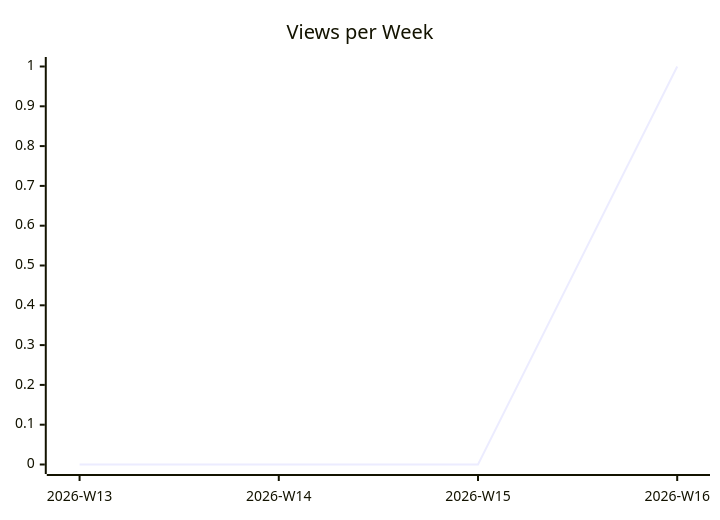
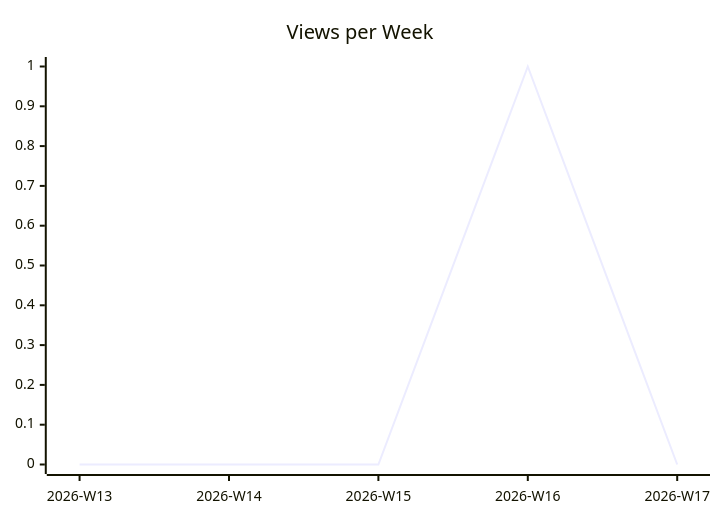
Before and after one commit to justdavis-family/github-analytics-data: the second of 3 diagrams in justdavis-family/github-analytics-data/README.md, drawn with Mermaid. The commit also changed other lines of this file and 192 other files, not shown here.

````diff
--- a/justdavis-family/github-analytics-data/README.md
+++ b/justdavis-family/github-analytics-data/README.md
@@ -12,6 +12,6 @@
 ```mermaid
 xychart-beta
   title "Views per Week"
-  x-axis ["2026-W13", "2026-W14", "2026-W15", "2026-W16"]
-  line [0, 0, 0, 1]
+  x-axis ["2026-W13", "2026-W14", "2026-W15", "2026-W16", "2026-W17"]
+  line [0, 0, 0, 1, 0]
 ```
````
